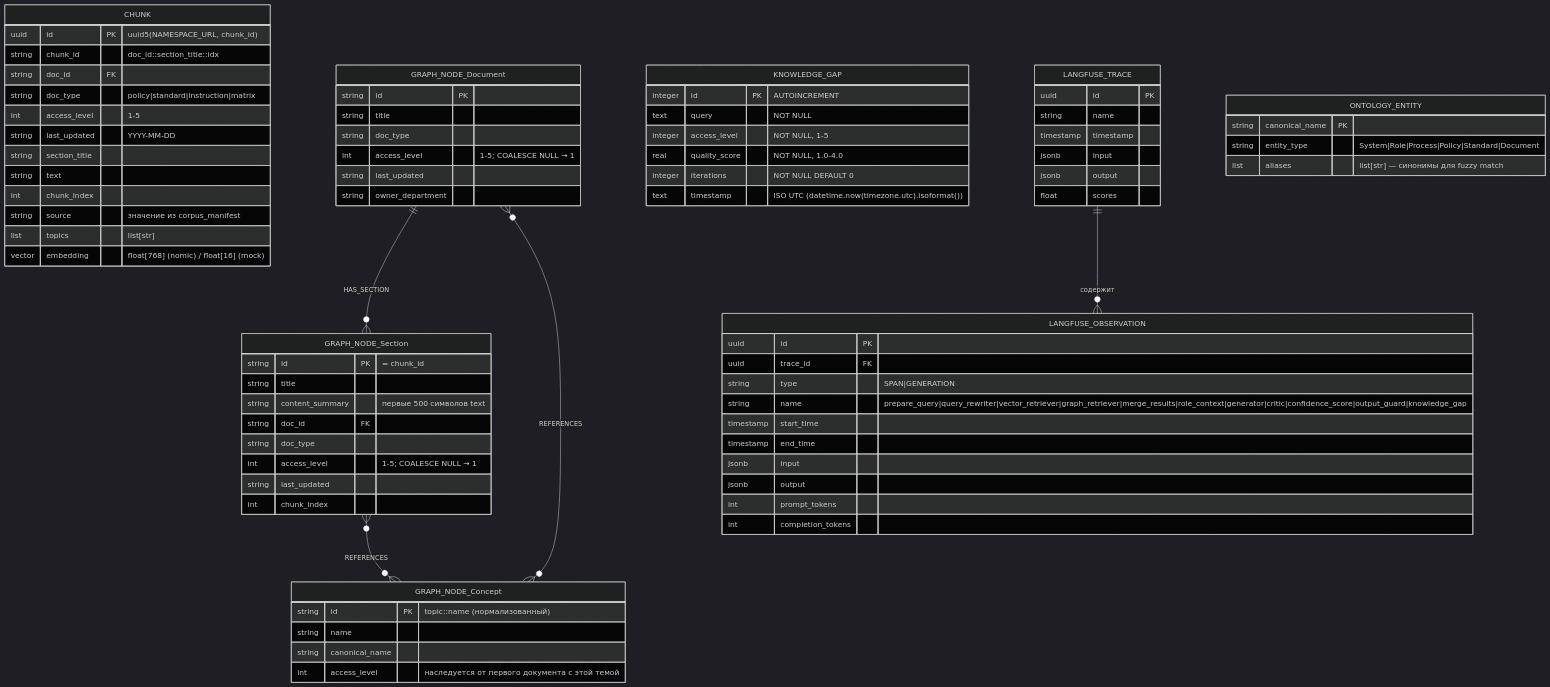
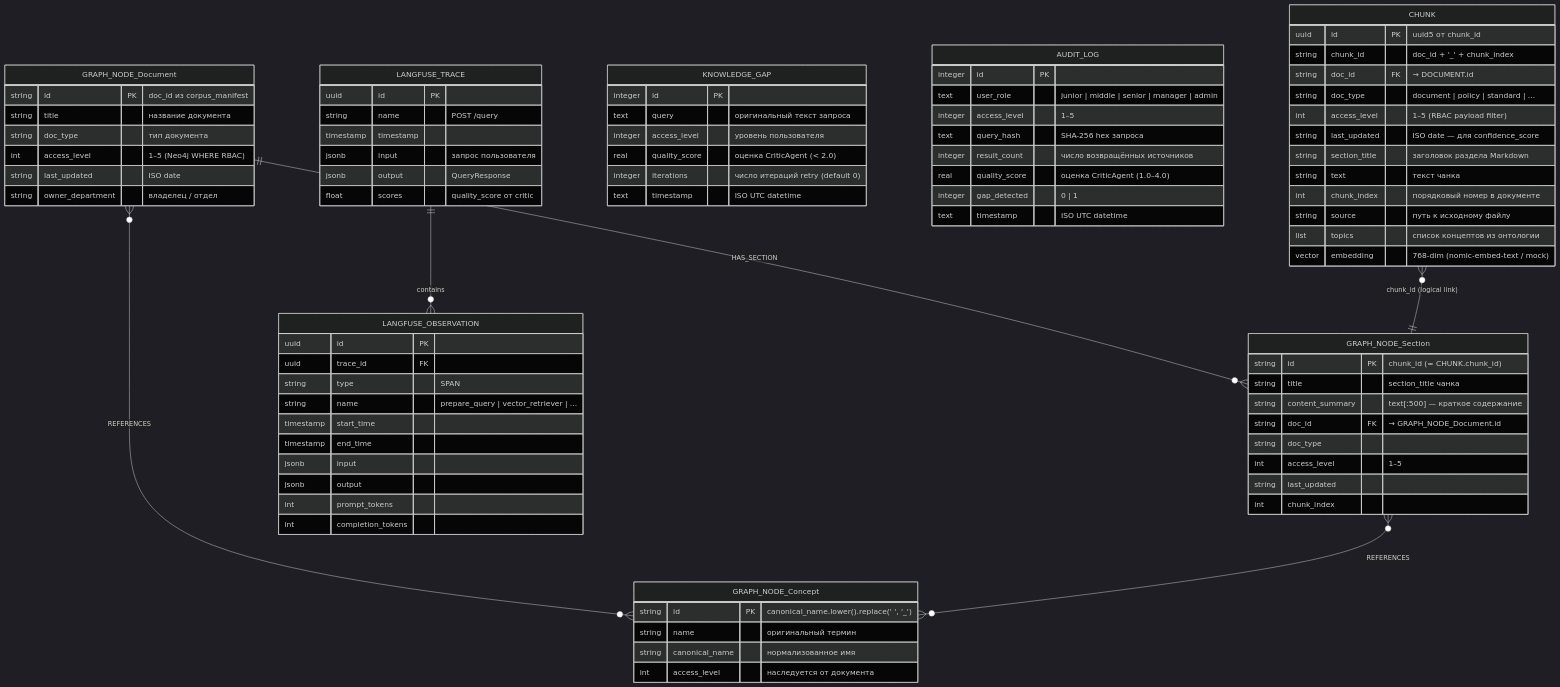
Before and after one commit to alesoid/Synapse: the diagram in docs/diagrams/er.md, drawn with Mermaid (dark theme). The commit also changed other lines of this file and 4 other files, not shown here.

Commit message:
docs: fix mermaid diagrams

````diff
--- a/docs/diagrams/er.md
+++ b/docs/diagrams/er.md
@@ -1,93 +25,109 @@
 ```mermaid
 erDiagram
 
-    %% ─── QDRANT ───────────────────────────────────────────────────────────────
-    %% Единственная коллекция: "chunks" (отдельной коллекции documents нет)
+    %% ── Qdrant (векторное хранилище) ────────────────────────────────────────
+    %%    Каждая точка = один чанк документа.
+    %%    id = uuid5(NAMESPACE_URL, chunk_id) — детерминированный UUID.
 
     CHUNK {
-        uuid        id              PK   "uuid5(NAMESPACE_URL, chunk_id)"
-        string      chunk_id             "doc_id::section_title::idx"
-        string      doc_id          FK
-        string      doc_type             "policy|standard|instruction|matrix"
-        int         access_level         "1-5"
-        string      last_updated         "YYYY-MM-DD"
-        string      section_title
-        string      text
-        int         chunk_index
-        string      source               "значение из corpus_manifest"
-        list        topics               "list[str]"
-        vector      embedding            "float[768] (nomic) / float[16] (mock)"
+        uuid        id              PK  "uuid5 от chunk_id"
+        string      chunk_id            "doc_id + '_' + chunk_index"
+        string      doc_id          FK  "→ DOCUMENT.id"
+        string      doc_type            "document | policy | standard | ..."
+        int         access_level        "1–5 (RBAC payload filter)"
+        string      last_updated        "ISO date — для confidence_score"
+        string      section_title       "заголовок раздела Markdown"
+        string      text                "текст чанка"
+        int         chunk_index         "порядковый номер в документе"
+        string      source              "путь к исходному файлу"
+        list        topics              "список концептов из онтологии"
+        vector      embedding           "768-dim (nomic-embed-text / mock)"
     }
 
-    %% ─── NEO4J ────────────────────────────────────────────────────────────────
-    %% Реальные label'ы: Document, Section, Concept
-    %% Реальные rel types: HAS_SECTION, REFERENCES
-    %% (_ALLOWED_LABELS / _ALLOWED_REL_TYPES в graph_repository.py)
+    %% ── Neo4j (граф знаний) ──────────────────────────────────────────────────
+    %%    Узлы Document и Section создаются при ingestion через UNWIND batch.
+    %%    chunk_id в GRAPH_NODE_Section = id в CHUNK (cross-store link).
 
     GRAPH_NODE_Document {
-        string      id              PK
-        string      title
-        string      doc_type
-        int         access_level         "1-5; COALESCE NULL → 1"
-        string      last_updated
-        string      owner_department
+        string      id              PK  "doc_id из corpus_manifest"
+        string      title               "название документа"
+        string      doc_type            "тип документа"
+        int         access_level        "1–5 (Neo4j WHERE RBAC)"
+        string      last_updated        "ISO date"
+        string      owner_department    "владелец / отдел"
     }
 
     GRAPH_NODE_Section {
-        string      id              PK   "= chunk_id"
-        string      title
-        string      content_summary      "первые 500 символов text"
-        string      doc_id          FK
+        string      id              PK  "chunk_id (= CHUNK.chunk_id)"
+        string      title               "section_title чанка"
+        string      content_summary     "text[:500] — краткое содержание"
+        string      doc_id          FK  "→ GRAPH_NODE_Document.id"
         string      doc_type
-        int         access_level         "1-5; COALESCE NULL → 1"
+        int         access_level        "1–5"
         string      last_updated
         int         chunk_index
     }
 
     GRAPH_NODE_Concept {
-        string      id              PK   "topic::name (нормализованный)"
-        string      name
-        string      canonical_name
-        int         access_level         "наследуется от первого документа с этой темой"
+        string      id              PK  "canonical_name.lower().replace(' ', '_')"
+        string      name                "оригинальный термин"
+        string      canonical_name      "нормализованное имя"
+        int         access_level        "наследуется от документа"
     }
 
-    GRAPH_NODE_Document ||--o{ GRAPH_NODE_Section : "HAS_SECTION"
-    GRAPH_NODE_Document }o--o{ GRAPH_NODE_Concept : "REFERENCES"
-    GRAPH_NODE_Section  }o--o{ GRAPH_NODE_Concept : "REFERENCES"
+    GRAPH_NODE_Document ||--o{ GRAPH_NODE_Section  : "HAS_SECTION"
+    GRAPH_NODE_Document }o--o{ GRAPH_NODE_Concept  : "REFERENCES"
+    GRAPH_NODE_Section  }o--o{ GRAPH_NODE_Concept  : "REFERENCES"
 
-    %% ─── SQLITE ───────────────────────────────────────────────────────────────
-    %% gap_store.py — WAL mode, один persistent connection per process
-    %% Spec FR-32a/b: PostgreSQL в production; SQLite — local-lite fallback
+    %% Cross-store: CHUNK.chunk_id = GRAPH_NODE_Section.id
+    CHUNK }o--|| GRAPH_NODE_Section : "chunk_id (logical link)"
+
+    %% ── SQLite WAL: knowledge_gaps.db ────────────────────────────────────────
+    %%    Записывается нодой knowledge_gap когда quality_score < 2.0
+    %%    после max_iterations retry.
 
     KNOWLEDGE_GAP {
-        integer     id              PK   "AUTOINCREMENT"
-        text        query                "NOT NULL"
-        integer     access_level         "NOT NULL, 1-5"
-        real        quality_score        "NOT NULL, 1.0-4.0"
-        integer     iterations           "NOT NULL DEFAULT 0"
-        text        timestamp            "ISO UTC (datetime.now(timezone.utc).isoformat())"
+        integer     id              PK
+        text        query               "оригинальный текст запроса"
+        integer     access_level        "уровень пользователя"
+        real        quality_score       "оценка CriticAgent (< 2.0)"
+        integer     iterations          "число итераций retry (default 0)"
+        text        timestamp           "ISO UTC datetime"
     }
 
-    %% ─── LANGFUSE (internal) ──────────────────────────────────────────────────
-    %% Таблицы ниже управляются Langfuse автоматически (langfuse/langfuse:2).
-    %% Код приложения не создаёт и не читает их напрямую — только пишет
-    %% через langfuse.callback.CallbackHandler.
-    %% PostgreSQL: synapse-postgres (docker-compose profile=observability).
+    %% ── SQLite WAL: audit.db ─────────────────────────────────────────────────
+    %%    Записывается при каждом /query запросе (ФЗ-152 / FR-security).
+    %%    query_hash = SHA-256 от текста запроса (plain text не хранится).
+
+    AUDIT_LOG {
+        integer     id              PK
+        text        user_role           "junior | middle | senior | manager | admin"
+        integer     access_level        "1–5"
+        text        query_hash          "SHA-256 hex запроса"
+        integer     result_count        "число возвращённых источников"
+        real        quality_score       "оценка CriticAgent (1.0–4.0)"
+        integer     gap_detected        "0 | 1"
+        text        timestamp           "ISO UTC datetime"
+    }
+
+    %% ── Langfuse Cloud (внешний сервис) ──────────────────────────────────────
+    %%    Не хранится локально — трейсы отправляются через OTel OTLP.
+    %%    Схема приведена справочно (реальная схема Langfuse Cloud).
 
     LANGFUSE_TRACE {
         uuid        id              PK
-        string      name
+        string      name                "POST /query"
         timestamp   timestamp
-        jsonb       input
-        jsonb       output
-        float       scores
+        jsonb       input               "запрос пользователя"
+        jsonb       output              "QueryResponse"
+        float       scores              "quality_score от critic"
     }
 
     LANGFUSE_OBSERVATION {
         uuid        id              PK
         uuid        trace_id        FK
-        string      type                 "SPAN|GENERATION"
-        string      name                 "prepare_query|query_rewriter|vector_retriever|graph_retriever|merge_results|role_context|generator|critic|confidence_score|output_guard|knowledge_gap"
+        string      type                "SPAN"
+        string      name                "prepare_query | vector_retriever | ..."
         timestamp   start_time
         timestamp   end_time
         jsonb       input
@@ -96,12 +136,5 @@
         int         completion_tokens
     }
 
-    LANGFUSE_TRACE ||--o{ LANGFUSE_OBSERVATION : "содержит"
-
-    %% ─── ONTOLOGY (in-memory, читается из docs/ontology.json) ────────────────
-    ONTOLOGY_ENTITY {
-        string      canonical_name  PK
-        string      entity_type          "System|Role|Process|Policy|Standard|Document"
-        list        aliases              "list[str] — синонимы для fuzzy match"
-    }
+    LANGFUSE_TRACE ||--o{ LANGFUSE_OBSERVATION : "contains"
 ```
````
